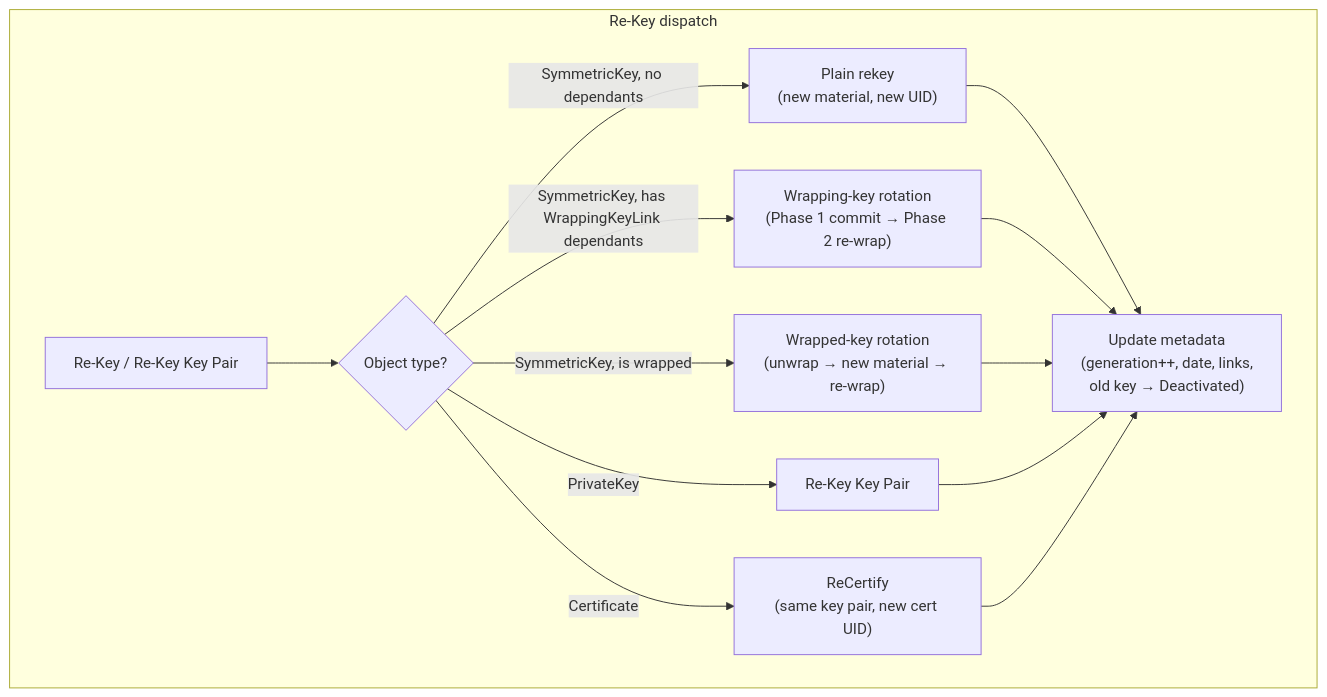
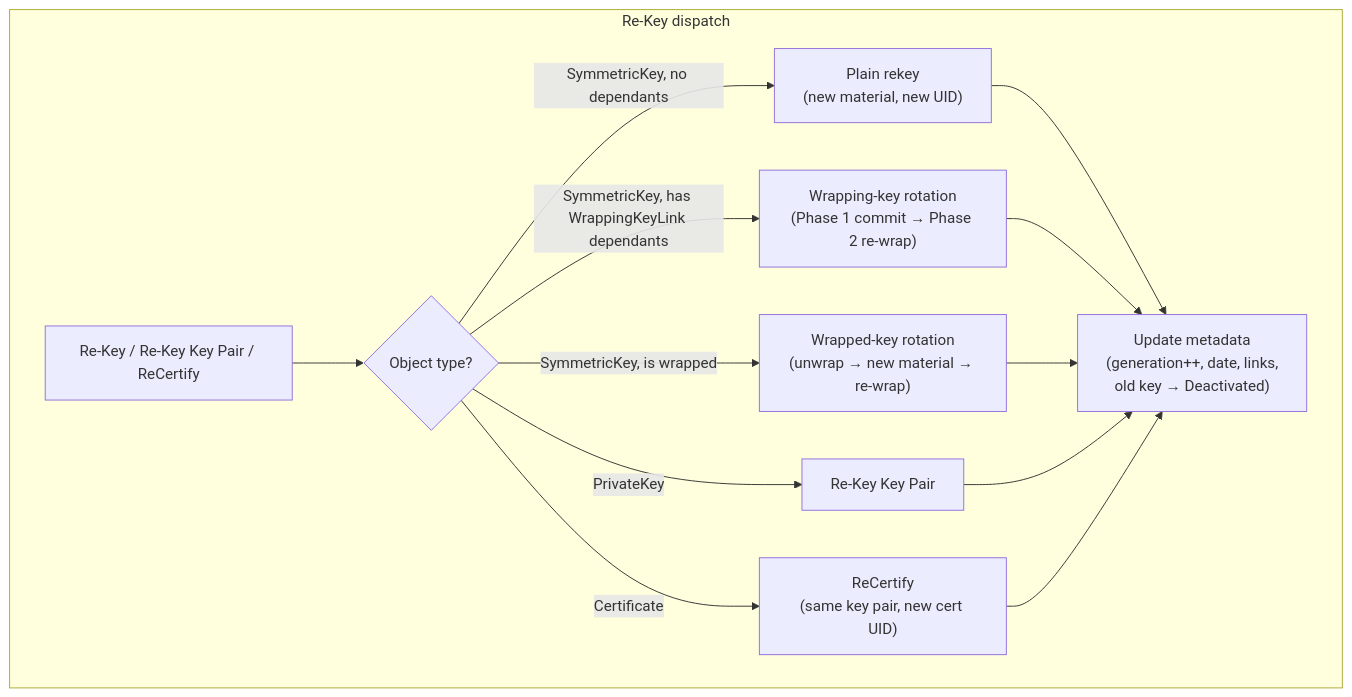
One commit to Cosmian/kms changed the sixth of 6 diagrams in documentation/docs/kmip_support/key_rotation/index.md. Above: the diagram before and after it, drawn with Mermaid. The commit also changed 9 other files, not shown here.

````diff
--- a/documentation/docs/kmip_support/key_rotation/index.md
+++ b/documentation/docs/kmip_support/key_rotation/index.md
@@ -411,12 +411,12 @@
 ```mermaid
 flowchart TD
     subgraph "Re-Key dispatch"
-        REQ["Re-Key / Re-Key Key Pair"] --> DISPATCH{"Object type?"}
+        REQ["Re-Key / Re-Key Key Pair / ReCertify"] --> DISPATCH{"Object type?"}
         DISPATCH -->|SymmetricKey, no dependants| PLAIN["Plain rekey<br/>(new material, new UID)"]
         DISPATCH -->|SymmetricKey, has WrappingKeyLink dependants| WRAP_K["Wrapping-key rotation<br/>(Phase 1 commit → Phase 2 re-wrap)"]
         DISPATCH -->|SymmetricKey, is wrapped| WRAP_D["Wrapped-key rotation<br/>(unwrap → new material → re-wrap)"]
         DISPATCH -->|PrivateKey| ASYM["Re-Key Key Pair"]
         DISPATCH -->|Certificate| CERT["ReCertify<br/>(same key pair, new cert UID)"]
         PLAIN & WRAP_K & WRAP_D & ASYM & CERT --> META["Update metadata<br/>(generation++, date, links,<br/>old key → Deactivated)"]
     end
 ```
````
